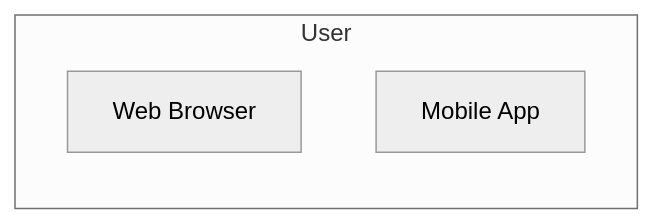
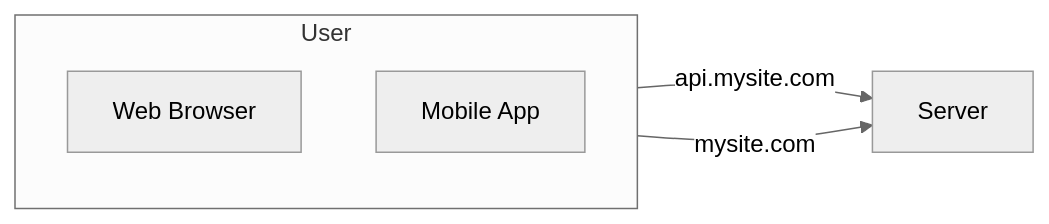
Before and after one commit to rain1024/system-design: the diagram in single-server/README.md, drawn with Mermaid (neutral theme).

````diff
--- a/single-server/README.md
+++ b/single-server/README.md
@@ -3,7 +3,10 @@
 ```mermaid
 graph LR
     subgraph User
         WB[Web Browser]
         MA[Mobile App]
     end
+
+    User -->|api.mysite.com| Server
+    User -->|mysite.com| Server
 ```
````
